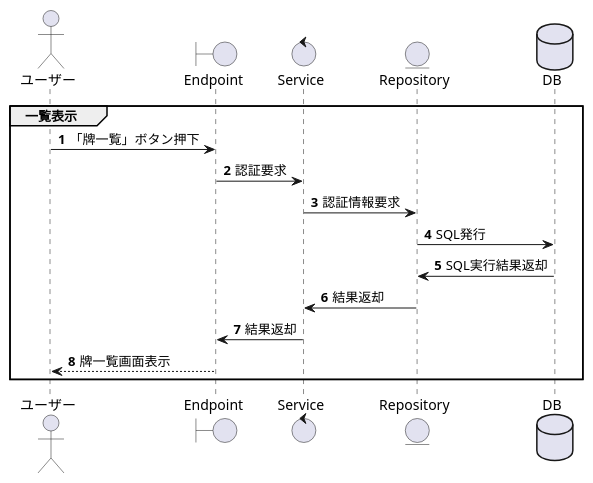
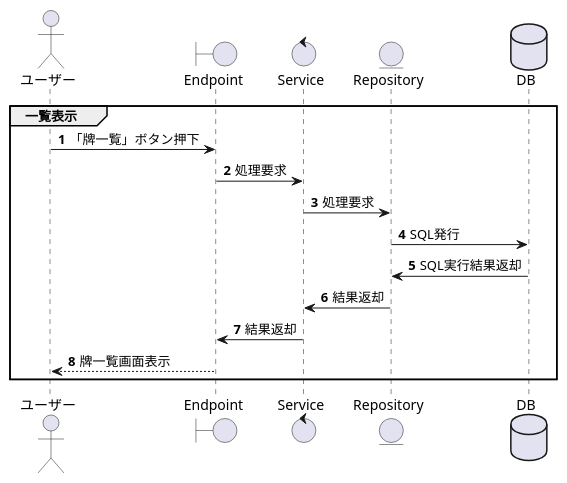
One commit to NakataTPD/2018-k-web-training changed the third of 9 diagrams in document/詳細設計書/詳細設計書.md. Above: the diagram before and after it, drawn with PlantUML. The commit also changed other lines of this file and 1 other file, not shown here.

````diff
--- a/document/詳細設計書/詳細設計書.md
+++ b/document/詳細設計書/詳細設計書.md
@@ -166,21 +166,21 @@
 ```puml
 actor ユーザー as User
 boundary Endpoint as Con
 control Service as Ser
 entity Repository as Repo
 database DB as DB
 
 group 一覧表示
   autonumber 1
 
     User -> Con: 「牌一覧」ボタン押下
-    Con -> Ser: 認証要求
-    Ser -> Repo: 認証情報要求
+    Con -> Ser: 処理要求
+    Ser -> Repo: 処理要求
     Repo -> DB: SQL発行
     DB -> Repo: SQL実行結果返却
     Repo -> Ser: 結果返却
     Ser -> Con: 結果返却
     Con --> User: 牌一覧画面表示
 
 end
 ```
````
